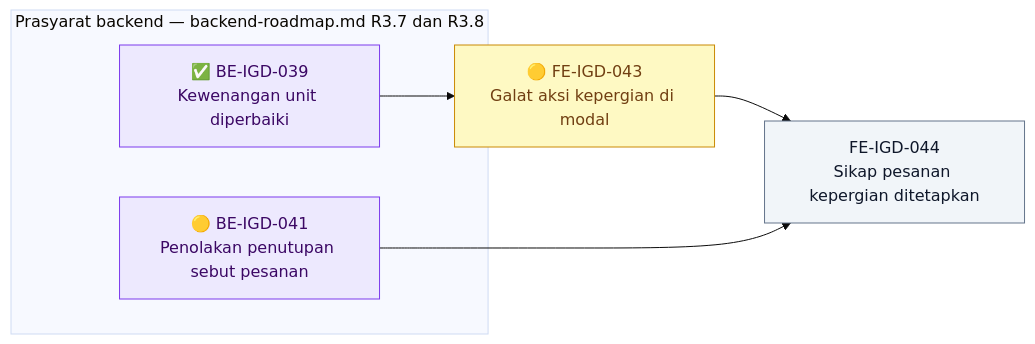
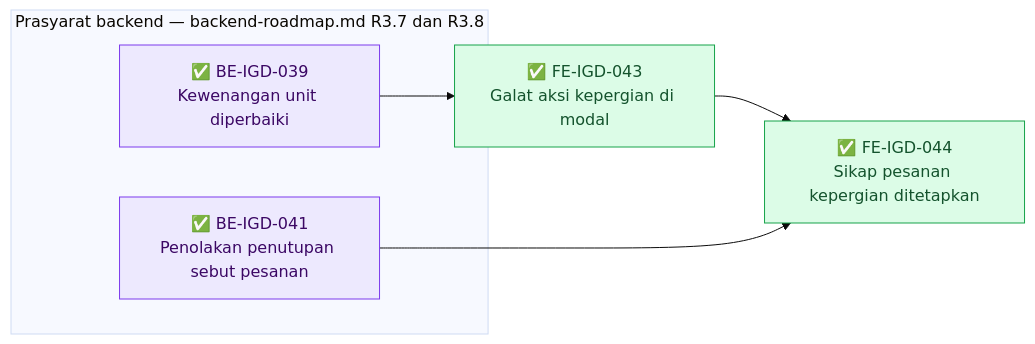
Before and after one commit to DevBenari/NewQuilvianSystemBackend: diagram 13 of 13 in docs/module-blueprints/igd/roadmap/frontend-roadmap.md, drawn with Mermaid (base theme). The commit also changed other lines of this file and 12 other files, not shown here.

````diff
--- a/docs/module-blueprints/igd/roadmap/frontend-roadmap.md
+++ b/docs/module-blueprints/igd/roadmap/frontend-roadmap.md
@@ -1784,20 +1784,20 @@
 ```mermaid
 flowchart LR
     classDef selesai fill:#DCFCE7,stroke:#16A34A,color:#14532D
     classDef sebagian fill:#FEF9C3,stroke:#CA8A04,color:#713F12
     classDef terblokir fill:#FEE2E2,stroke:#DC2626,color:#7F1D1D
     classDef belum fill:#F1F5F9,stroke:#64748B,color:#0F172A
     classDef luar fill:#EDE9FE,stroke:#7C3AED,color:#3B0764
 
     subgraph backend1302["Prasyarat backend — backend-roadmap.md R3.7 dan R3.8"]
         BEIGD039Y["✅ BE-IGD-039<br/>Kewenangan unit diperbaiki"]:::luar
-        BEIGD041Y["🟡 BE-IGD-041<br/>Penolakan penutupan sebut pesanan"]:::luar
+        BEIGD041Y["✅ BE-IGD-041<br/>Penolakan penutupan sebut pesanan"]:::luar
     end
 
-    FEIGD043["🟡 FE-IGD-043<br/>Galat aksi kepergian di modal"]:::sebagian
-    FEIGD044["FE-IGD-044<br/>Sikap pesanan kepergian ditetapkan"]:::belum
+    FEIGD043["✅ FE-IGD-043<br/>Galat aksi kepergian di modal"]:::selesai
+    FEIGD044["✅ FE-IGD-044<br/>Sikap pesanan kepergian ditetapkan"]:::selesai
 
     BEIGD039Y --> FEIGD043
     FEIGD043 --> FEIGD044
     BEIGD041Y --> FEIGD044
 ```
````
